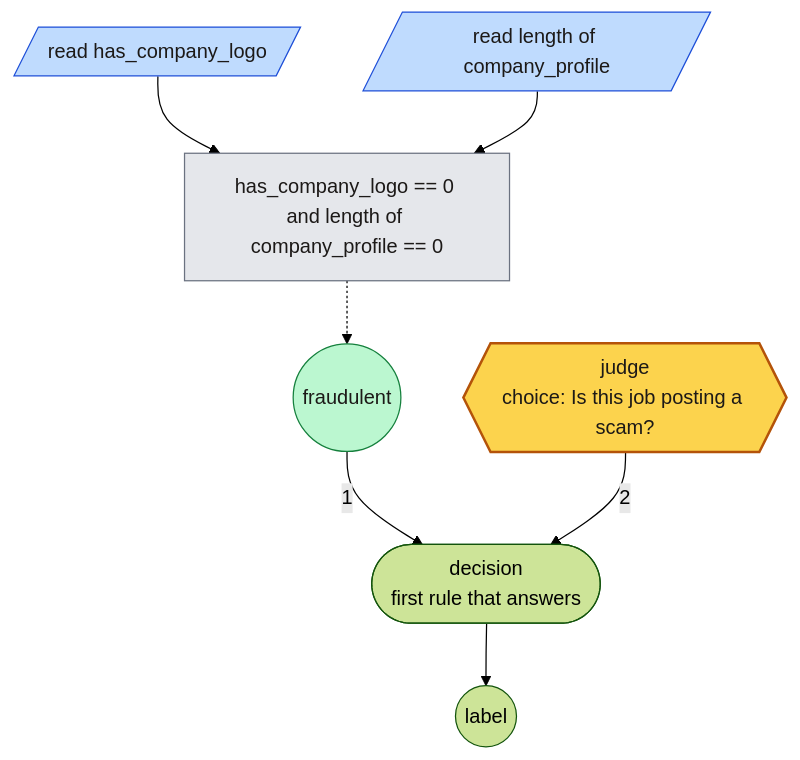
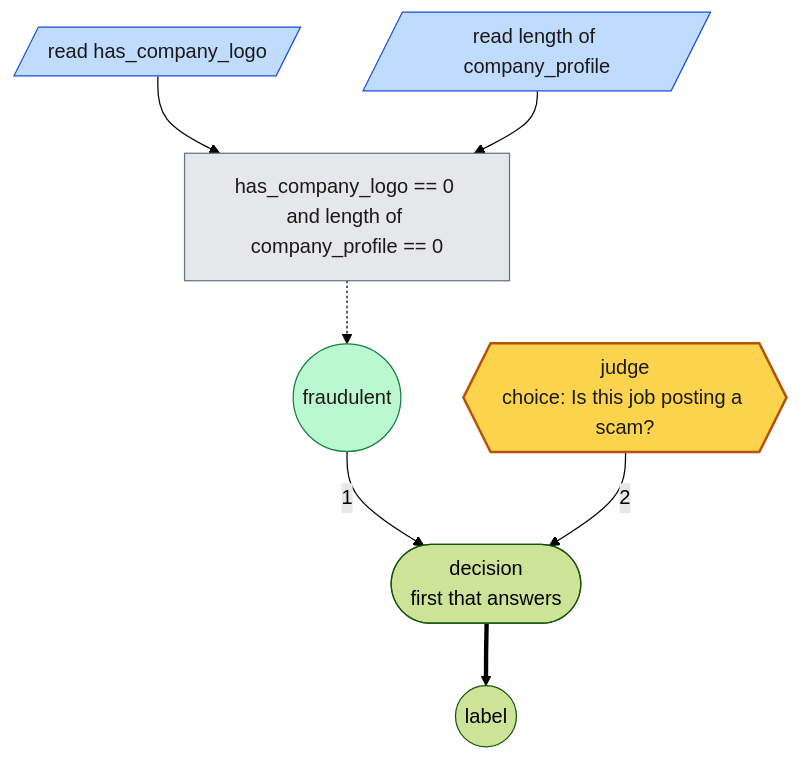
The third of 8 diagrams in README.md (MCERQUA/rulesmith), drawn with Mermaid (forest theme) before and after one commit. The commit also changed other lines of this file and 1 other file, not shown here.

First line of the commit message:
Draw every graph in the README by one convention

````diff
--- a/README.md
+++ b/README.md
@@ -420,24 +420,24 @@
 ```mermaid
 flowchart TD
     n0[/"read has_company_logo"/]
     n1[/"read length of company_profile"/]
     n2(("fraudulent"))
     n3{{"judge<br/>choice: Is this job posting a scam?"}}
-    n4(["decision<br/>first rule that answers"])
+    n4(["decision<br/>first that answers"])
     c0["has_company_logo == 0 and length of company_profile == 0"]
     n0 --> c0
     n1 --> c0
     c0 -.-> n2
     n2 -->|"1"| n4
     n3 -->|"2"| n4
     o0(("label"))
-    n4 --> o0
+    n4 ==> o0
     classDef judge fill:#fcd34d,stroke:#b45309,stroke-width:2px,color:#1c1917
     class n3 judge
     classDef read fill:#bfdbfe,stroke:#1d4ed8,color:#1c1917
     class n0,n1 read
     classDef rule fill:#bbf7d0,stroke:#15803d,color:#1c1917
     class n2 rule
     classDef condition fill:#e5e7eb,stroke:#6b7280,color:#1c1917
     class c0 condition
 ```
````
